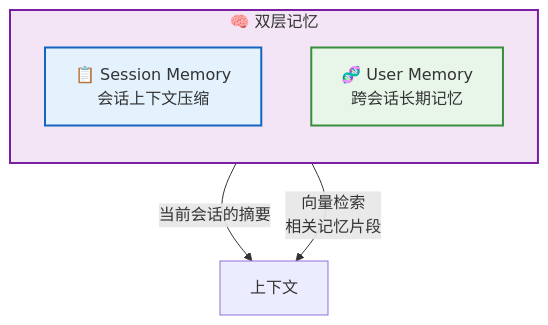
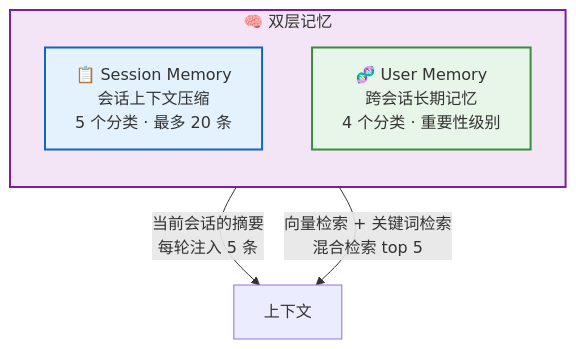
One commit to rtc-agent/docs changed the eighth of 11 diagrams in src/content/docs/architecture/backend.md. Above: the diagram before and after it, drawn with Mermaid. The commit also changed other lines of this file and 60 other files, not shown here.

First line of the commit message:
docs(site): refresh documentation with new sections and improved diagrams

````diff
--- a/src/content/docs/architecture/backend.md
+++ b/src/content/docs/architecture/backend.md
@@ -162,15 +229,15 @@
 ```mermaid
 flowchart TD
     subgraph MEMORY["🧠 双层记忆"]
         direction TB
-        SM["📋 Session Memory<br/>会话上下文压缩"]
-        UM["🧬 User Memory<br/>跨会话长期记忆"]
+        SM["📋 Session Memory<br/>会话上下文压缩<br/>5 个分类 · 最多 20 条"]
+        UM["🧬 User Memory<br/>跨会话长期记忆<br/>4 个分类 · 重要性级别"]
     end
 
-    SM -->|"当前会话的摘要"| CTX["上下文"]
-    UM -->|"向量检索<br/>相关记忆片段"| CTX
+    SM -->|"当前会话的摘要<br/>每轮注入 5 条"| CTX["上下文"]
+    UM -->|"向量检索 + 关键词检索<br/>混合检索 top 5"| CTX
 
     style MEMORY fill:#f3e5f5,stroke:#7b1fa2,stroke-width:2px
     style SM fill:#e3f2fd,stroke:#1565c0,stroke-width:2px
     style UM fill:#e8f5e9,stroke:#388e3c,stroke-width:2px
 ```
````
